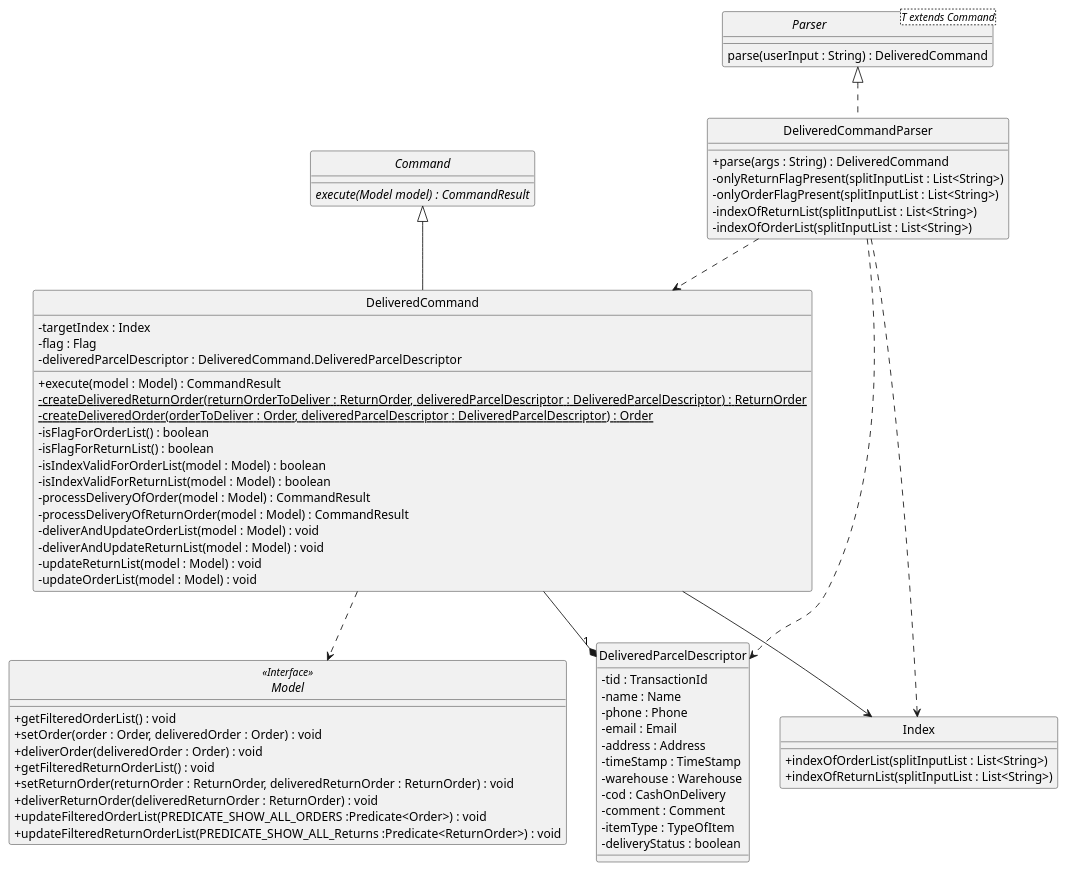
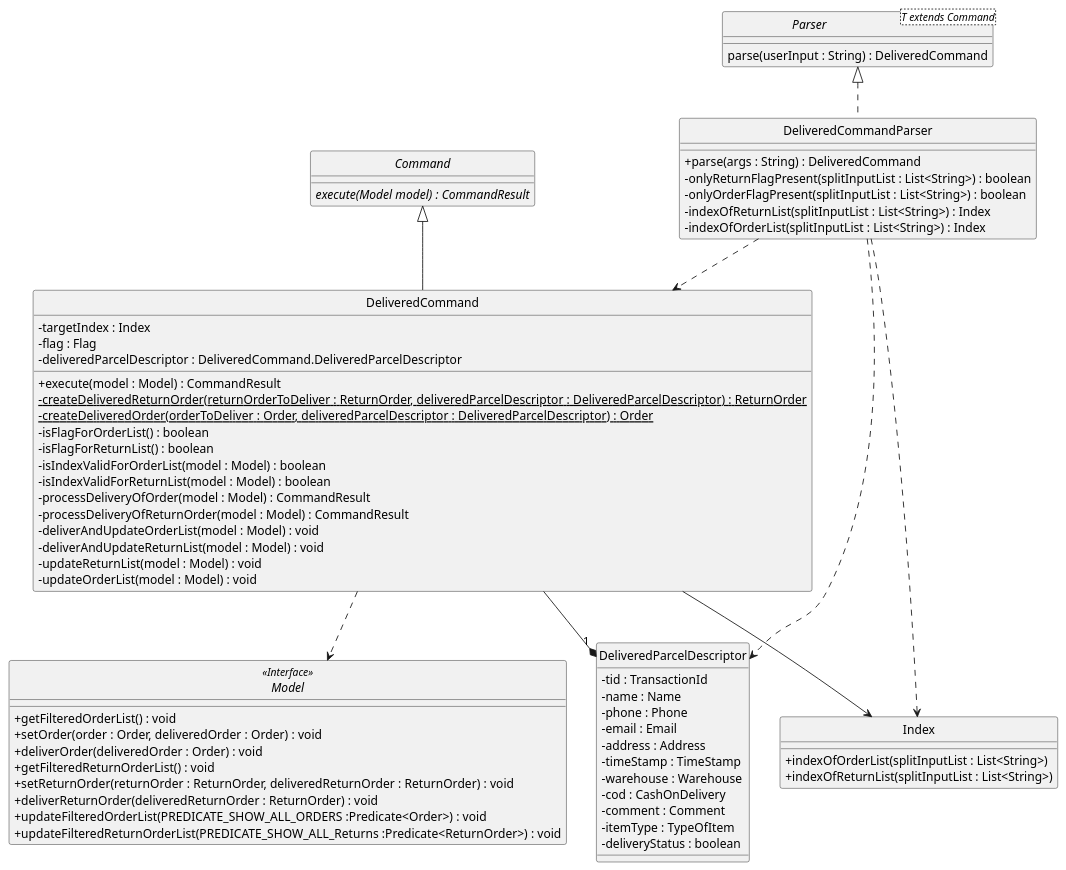
The diagram in docs/diagrams/DeliveredClassDiagram.puml (nus-cs2103-AY1920S2/addressbook-level3), drawn with PlantUML before and after one commit. The commit also changed 2 other files, not shown here.

Commit message:
Made return class diagram

```diff
--- a/docs/diagrams/DeliveredClassDiagram.puml
+++ b/docs/diagrams/DeliveredClassDiagram.puml
@@ -1,83 +1,83 @@
 @startuml
 skinparam backgroundColor #ffffff
 skinparam classAttributeIconSize 0
 hide circle
 
 class DeliveredCommandParser implements Parser {
     /' Methods '/
     + parse(args : String) : DeliveredCommand
-    - onlyReturnFlagPresent(splitInputList : List<String>)
-    - onlyOrderFlagPresent(splitInputList : List<String>)
-    - indexOfReturnList(splitInputList : List<String>)
-    - indexOfOrderList(splitInputList : List<String>)
+    - onlyReturnFlagPresent(splitInputList : List<String>) : boolean
+    - onlyOrderFlagPresent(splitInputList : List<String>) : boolean
+    - indexOfReturnList(splitInputList : List<String>) : Index
+    - indexOfOrderList(splitInputList : List<String>) : Index
 }
 
 interface Parser<T extends Command> {
     parse(userInput : String) : DeliveredCommand
 }
 
 abstract class Command {
     {abstract} execute(Model model) : CommandResult
 }
 
 class DeliveredCommand extends Command {
     /' Fields '/
     - targetIndex : Index
     - flag : Flag
     - deliveredParcelDescriptor : DeliveredCommand.DeliveredParcelDescriptor
 
     /' Methods '/
     + execute(model : Model) : CommandResult
     - {static} createDeliveredReturnOrder(returnOrderToDeliver : ReturnOrder, deliveredParcelDescriptor : DeliveredParcelDescriptor) : ReturnOrder
     - {static} createDeliveredOrder(orderToDeliver : Order, deliveredParcelDescriptor : DeliveredParcelDescriptor) : Order
     - isFlagForOrderList() : boolean
     - isFlagForReturnList() : boolean
     - isIndexValidForOrderList(model : Model) : boolean
     - isIndexValidForReturnList(model : Model) : boolean
     - processDeliveryOfOrder(model : Model) : CommandResult
     - processDeliveryOfReturnOrder(model : Model) : CommandResult
     - deliverAndUpdateOrderList(model : Model) : void
     - deliverAndUpdateReturnList(model : Model) : void
     - updateReturnList(model : Model) : void
     - updateOrderList(model : Model) : void
 }
 
 interface Model <<Interface>> {
     + getFilteredOrderList() : void
     + setOrder(order : Order, deliveredOrder : Order) : void
     + deliverOrder(deliveredOrder : Order) : void
     + getFilteredReturnOrderList() : void
     + setReturnOrder(returnOrder : ReturnOrder, deliveredReturnOrder : ReturnOrder) : void
     + deliverReturnOrder(deliveredReturnOrder : ReturnOrder) : void
     + updateFilteredOrderList(PREDICATE_SHOW_ALL_ORDERS :Predicate<Order>) : void
     + updateFilteredReturnOrderList(PREDICATE_SHOW_ALL_Returns :Predicate<ReturnOrder>) : void
 
 }
 
 class Index {
     + indexOfOrderList(splitInputList : List<String>)
     + indexOfReturnList(splitInputList : List<String>)
 }
 
 class DeliveredParcelDescriptor {
     /' Fields '/
     - tid : TransactionId
     - name : Name
     - phone : Phone
     - email : Email
     - address : Address
     - timeStamp : TimeStamp
     - warehouse : Warehouse
     - cod : CashOnDelivery
     - comment : Comment
     - itemType : TypeOfItem
     - deliveryStatus : boolean
 }
 
 DeliveredCommand --* "1" DeliveredParcelDescriptor
 DeliveredCommandParser ..> DeliveredCommand
 DeliveredCommandParser ..> DeliveredParcelDescriptor
 DeliveredCommand ..> Model
 DeliveredCommandParser ..> Index
 DeliveredCommand --> Index
 @enduml
```
